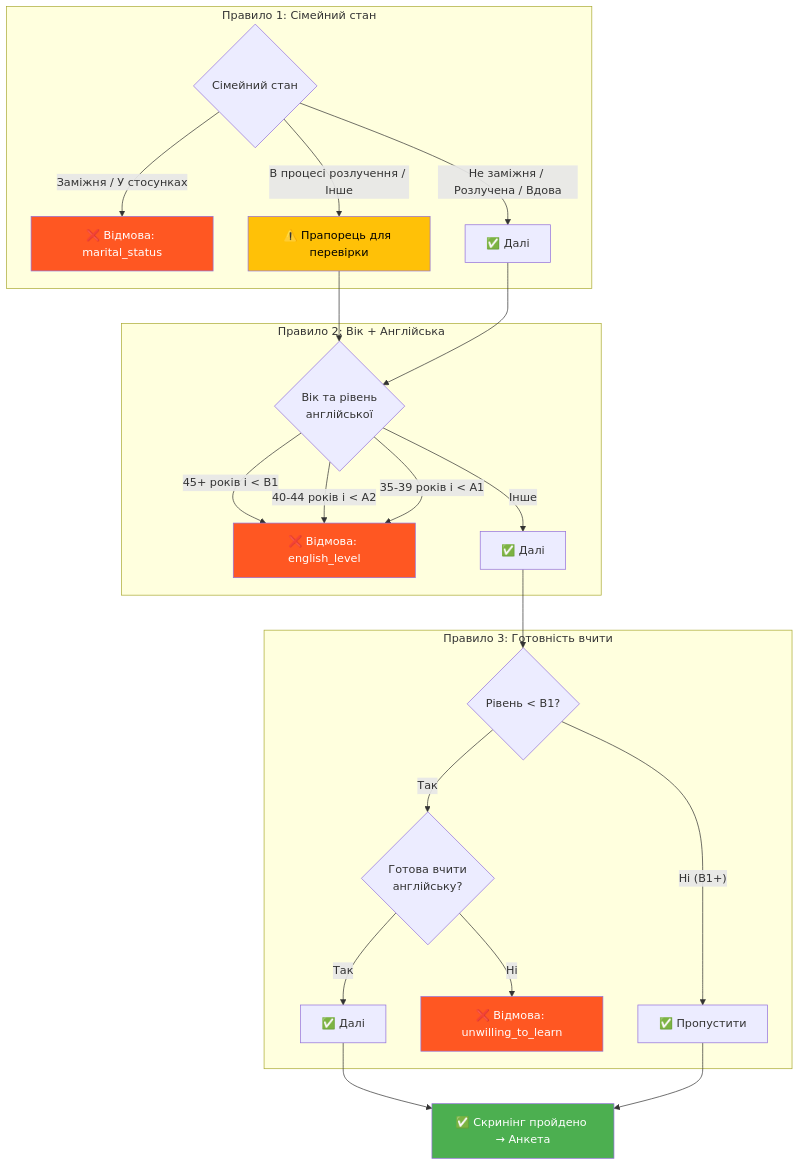
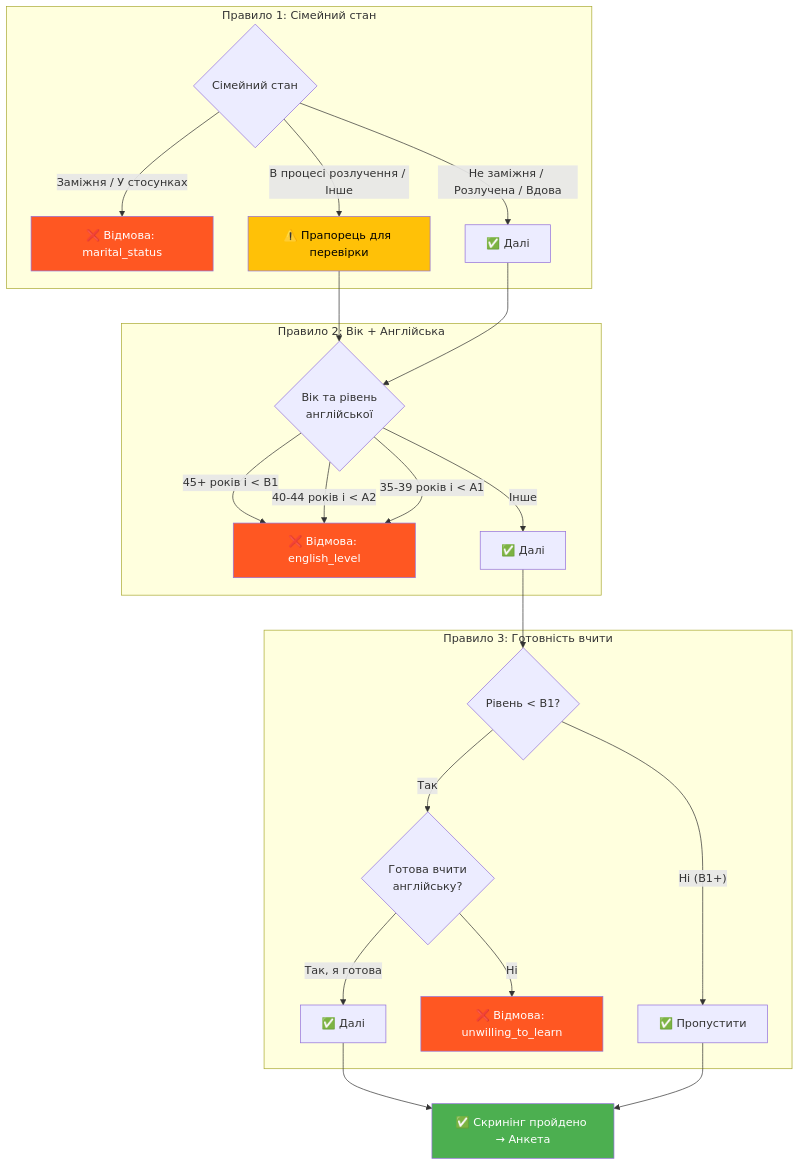
One commit to sergeytkachenko/tbot changed the eighth of 9 diagrams in README.md. Above: the diagram before and after it, drawn with Mermaid. The commit also changed other lines of this file, not shown here.

````diff
--- a/README.md
+++ b/README.md
@@ -245,36 +250,36 @@
 ```mermaid
 flowchart TD
     subgraph RULE1["Правило 1: Сімейний стан"]
         MS_CHECK{Сімейний стан} -- "Заміжня / У стосунках" --> MS_REJECT["❌ Відмова: marital_status"]
         MS_CHECK -- "В процесі розлучення / Інше" --> MS_FLAG["⚠️ Прапорець для перевірки"]
         MS_CHECK -- "Не заміжня / Розлучена / Вдова" --> MS_OK["✅ Далі"]
     end
 
     subgraph RULE2["Правило 2: Вік + Англійська"]
         ENG_CHECK{"Вік та рівень<br/>англійської"}
         ENG_CHECK -- "45+ років і < B1" --> ENG_REJECT["❌ Відмова: english_level"]
         ENG_CHECK -- "40-44 років і < A2" --> ENG_REJECT
         ENG_CHECK -- "35-39 років і < A1" --> ENG_REJECT
         ENG_CHECK -- "Інше" --> ENG_OK["✅ Далі"]
     end
 
     subgraph RULE3["Правило 3: Готовність вчити"]
         LEARN_CHECK{"Рівень < B1?"}
         LEARN_CHECK -- "Так" --> LEARN_ASK{"Готова вчити<br/>англійську?"}
         LEARN_CHECK -- "Ні (B1+)" --> LEARN_SKIP["✅ Пропустити"]
-        LEARN_ASK -- "Так" --> LEARN_OK["✅ Далі"]
+        LEARN_ASK -- "Так, я готова" --> LEARN_OK["✅ Далі"]
         LEARN_ASK -- "Ні" --> LEARN_REJECT["❌ Відмова: unwilling_to_learn"]
     end
 
     MS_OK --> ENG_CHECK
     MS_FLAG --> ENG_CHECK
     ENG_OK --> LEARN_CHECK
     LEARN_OK --> FINAL_PASS["✅ Скринінг пройдено → Анкета"]
     LEARN_SKIP --> FINAL_PASS
 
     style MS_REJECT fill:#FF5722,color:#fff
     style ENG_REJECT fill:#FF5722,color:#fff
     style LEARN_REJECT fill:#FF5722,color:#fff
     style FINAL_PASS fill:#4CAF50,color:#fff
     style MS_FLAG fill:#FFC107,color:#000
 ```
````
